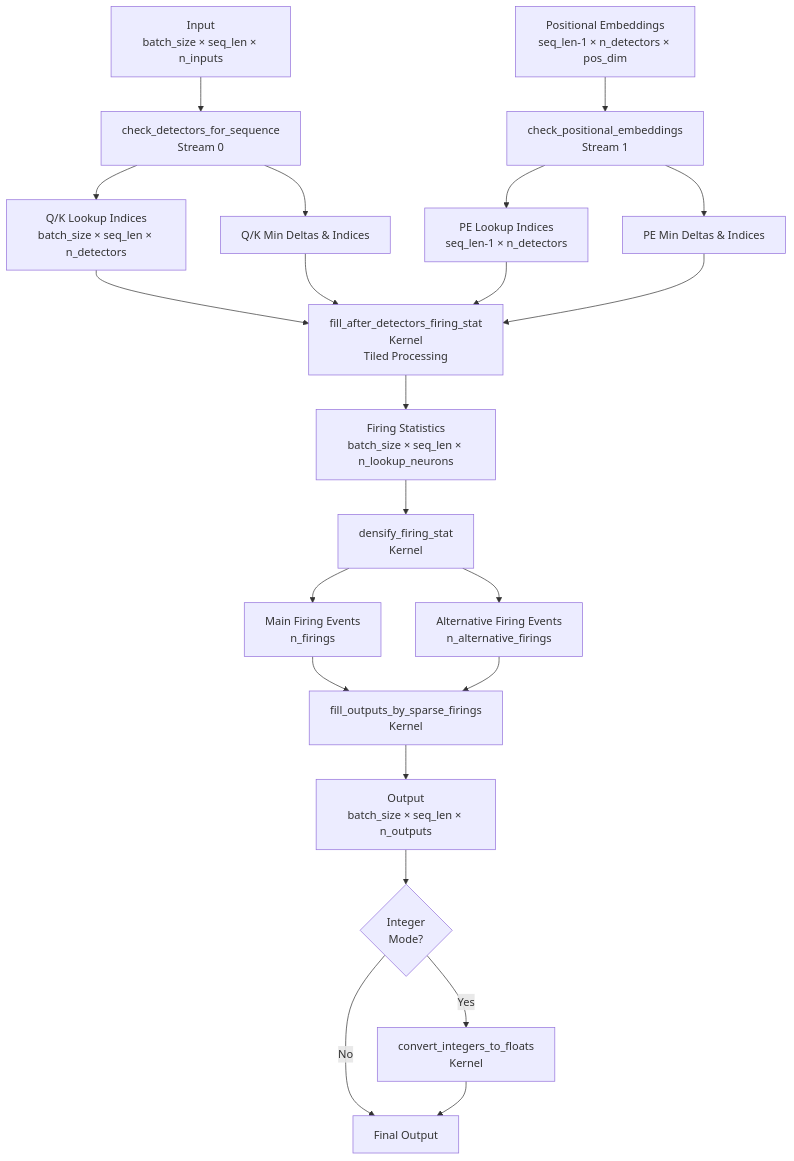
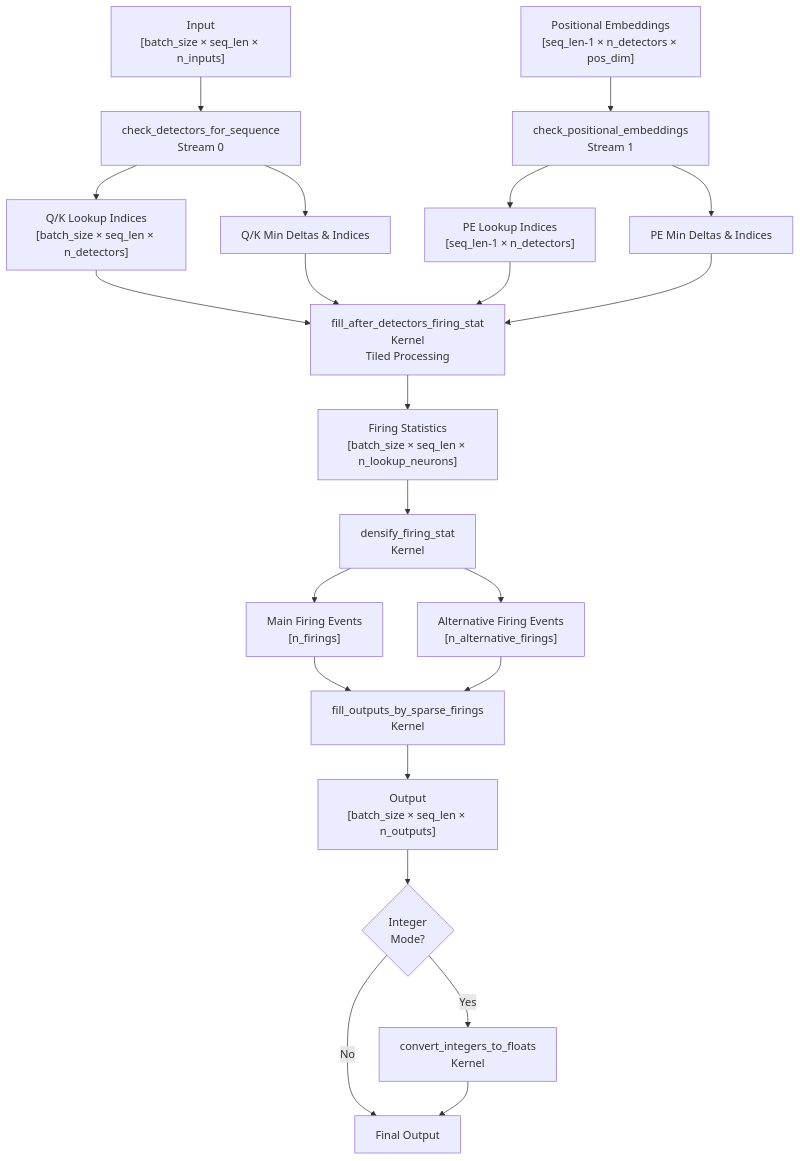
One commit to anatoli-starostin/spiky changed the third of 5 diagrams in spiky_cuda/lut/doc/LUT_RUNTIME_DATA_FLOW.md. Above: the diagram before and after it, drawn with Mermaid. The commit also changed other lines of this file, not shown here.

````diff
--- a/spiky_cuda/lut/doc/LUT_RUNTIME_DATA_FLOW.md
+++ b/spiky_cuda/lut/doc/LUT_RUNTIME_DATA_FLOW.md
@@ -65,33 +65,33 @@
 ```mermaid
 flowchart TD
-    A[Input<br/>batch_size × seq_len × n_inputs] --> B[check_detectors_for_sequence<br/>Stream 0]
-    C[Positional Embeddings<br/>seq_len-1 × n_detectors × pos_dim] --> D[check_positional_embeddings<br/>Stream 1]
+    A["Input<br/>[batch_size × seq_len × n_inputs]"] --> B[check_detectors_for_sequence<br/>Stream 0]
+    C["Positional Embeddings<br/>[seq_len-1 × n_detectors × pos_dim]"] --> D[check_positional_embeddings<br/>Stream 1]
     
-    B --> E[Q/K Lookup Indices<br/>batch_size × seq_len × n_detectors]
+    B --> E["Q/K Lookup Indices<br/>[batch_size × seq_len × n_detectors]"]
     B --> F[Q/K Min Deltas & Indices]
     
-    D --> G[PE Lookup Indices<br/>seq_len-1 × n_detectors]
+    D --> G["PE Lookup Indices<br/>[seq_len-1 × n_detectors]"]
     D --> H[PE Min Deltas & Indices]
     
     E --> I[fill_after_detectors_firing_stat<br/>Kernel<br/>Tiled Processing]
     F --> I
     G --> I
     H --> I
     
-    I --> J[Firing Statistics<br/>batch_size × seq_len × n_lookup_neurons]
+    I --> J["Firing Statistics<br/>[batch_size × seq_len × n_lookup_neurons]"]
     
     J --> K[densify_firing_stat<br/>Kernel]
     
-    K --> L[Main Firing Events<br/>n_firings]
-    K --> M[Alternative Firing Events<br/>n_alternative_firings]
+    K --> L["Main Firing Events<br/>[n_firings]"]
+    K --> M["Alternative Firing Events<br/>[n_alternative_firings]"]
     
     L --> N[fill_outputs_by_sparse_firings<br/>Kernel]
     M --> N
     
-    N --> O[Output<br/>batch_size × seq_len × n_outputs]
+    N --> O["Output<br/>[batch_size × seq_len × n_outputs]"]
     
     O --> P{Integer<br/>Mode?}
     P -->|Yes| Q[convert_integers_to_floats<br/>Kernel]
     P -->|No| R[Final Output]
     Q --> R
 ```
````
